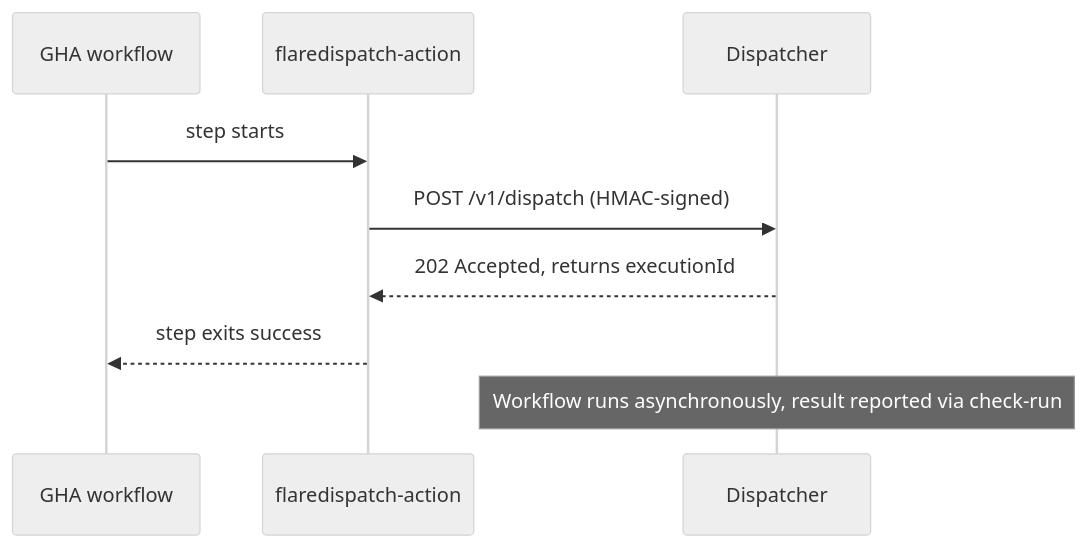
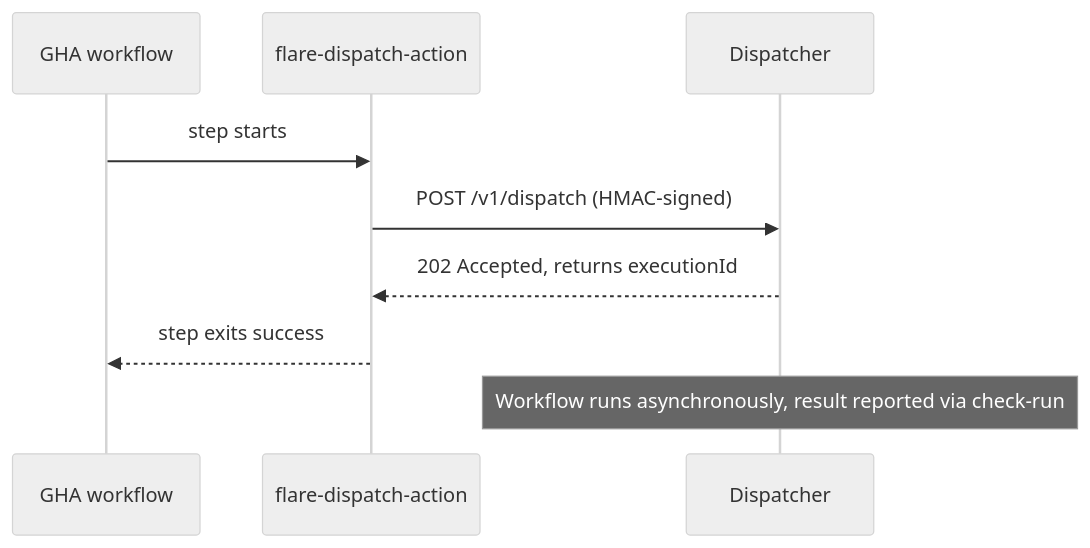
Before and after one commit to OpenHackersClub/flare-dispatch: the first of 2 diagrams in specs/04-gha-integration.md, drawn with Mermaid (neutral theme). The commit also changed other lines of this file and 25 other files, not shown here.

````diff
--- a/specs/04-gha-integration.md
+++ b/specs/04-gha-integration.md
@@ -91,11 +91,11 @@
 ```mermaid
 sequenceDiagram
   participant GHA as GHA workflow
-  participant ACT as flaredispatch-action
+  participant ACT as flare-dispatch-action
   participant DSP as Dispatcher
   GHA->>ACT: step starts
   ACT->>DSP: POST /v1/dispatch (HMAC-signed)
   DSP-->>ACT: 202 Accepted, returns executionId
   ACT-->>GHA: step exits success
   Note over DSP: Workflow runs asynchronously, result reported via check-run
 ```
````
